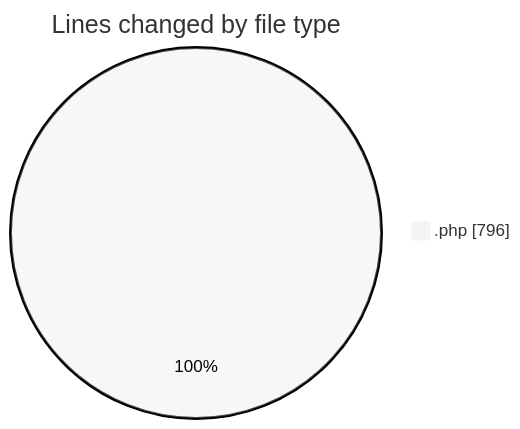
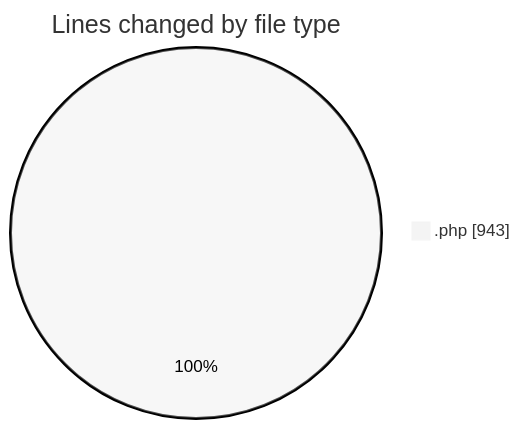
The first of 2 diagrams in 2025-10-14/untitled__workspace_/README.md (debugP/code-tracking), drawn with Mermaid (neutral theme) before and after one commit. The commit also changed other lines of this file and 1 other file, not shown here.

````diff
--- a/2025-10-14/untitled__workspace_/README.md
+++ b/2025-10-14/untitled__workspace_/README.md
@@ -20,5 +20,5 @@
 ```mermaid
 pie showData
 title Lines changed by file type
-".php" : 796
+".php" : 943
 ```
````
